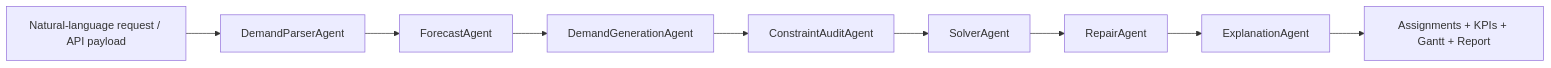
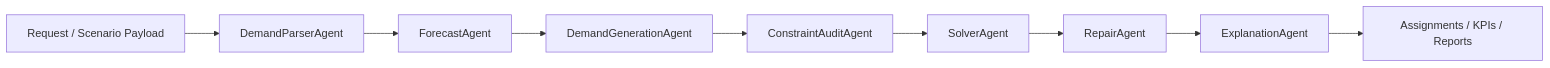
Before and after one commit to pypypaoying/ShortHaul-Dispatch-Agent: the diagram in README.md, drawn with Mermaid. The commit also changed other lines of this file and 3 other files, not shown here.

````diff
--- a/README.md
+++ b/README.md
@@ -148,11 +189,11 @@
 ```mermaid
 flowchart LR
-    A["Natural-language request / API payload"] --> B["DemandParserAgent"]
+    A["Request / Scenario Payload"] --> B["DemandParserAgent"]
     B --> C["ForecastAgent"]
     C --> D["DemandGenerationAgent"]
     D --> E["ConstraintAuditAgent"]
     E --> F["SolverAgent"]
     F --> G["RepairAgent"]
     G --> H["ExplanationAgent"]
-    H --> I["Assignments + KPIs + Gantt + Report"]
+    H --> I["Assignments / KPIs / Reports"]
 ```
````
